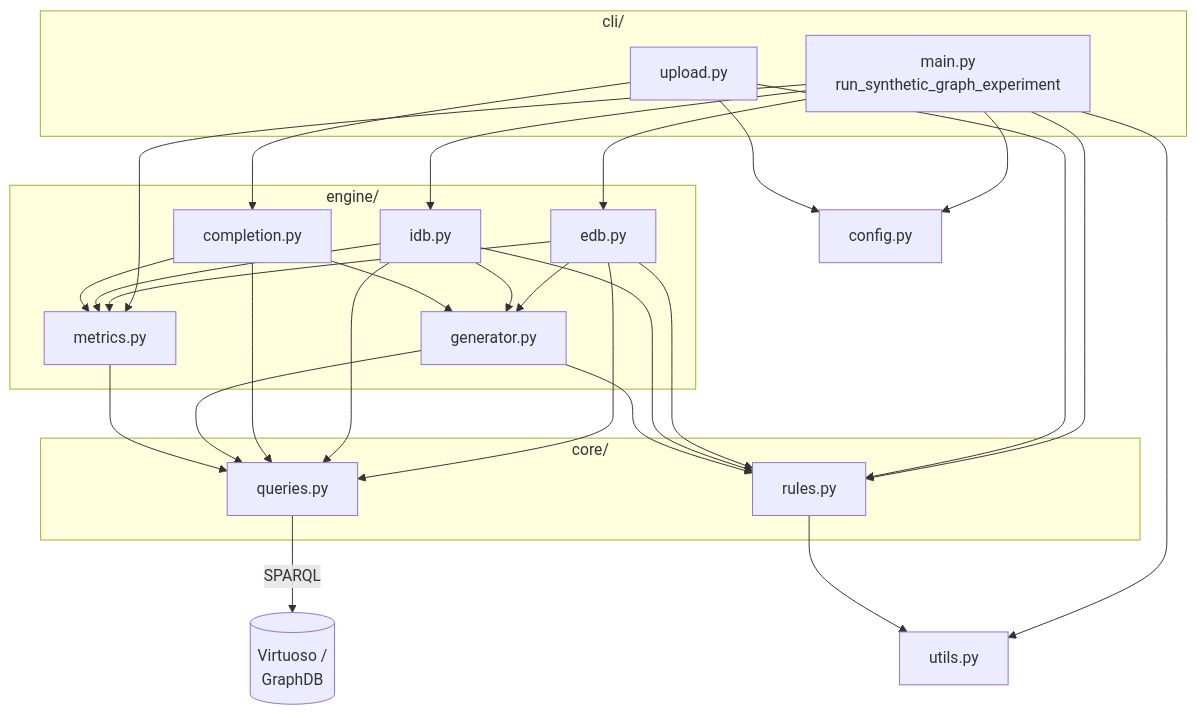
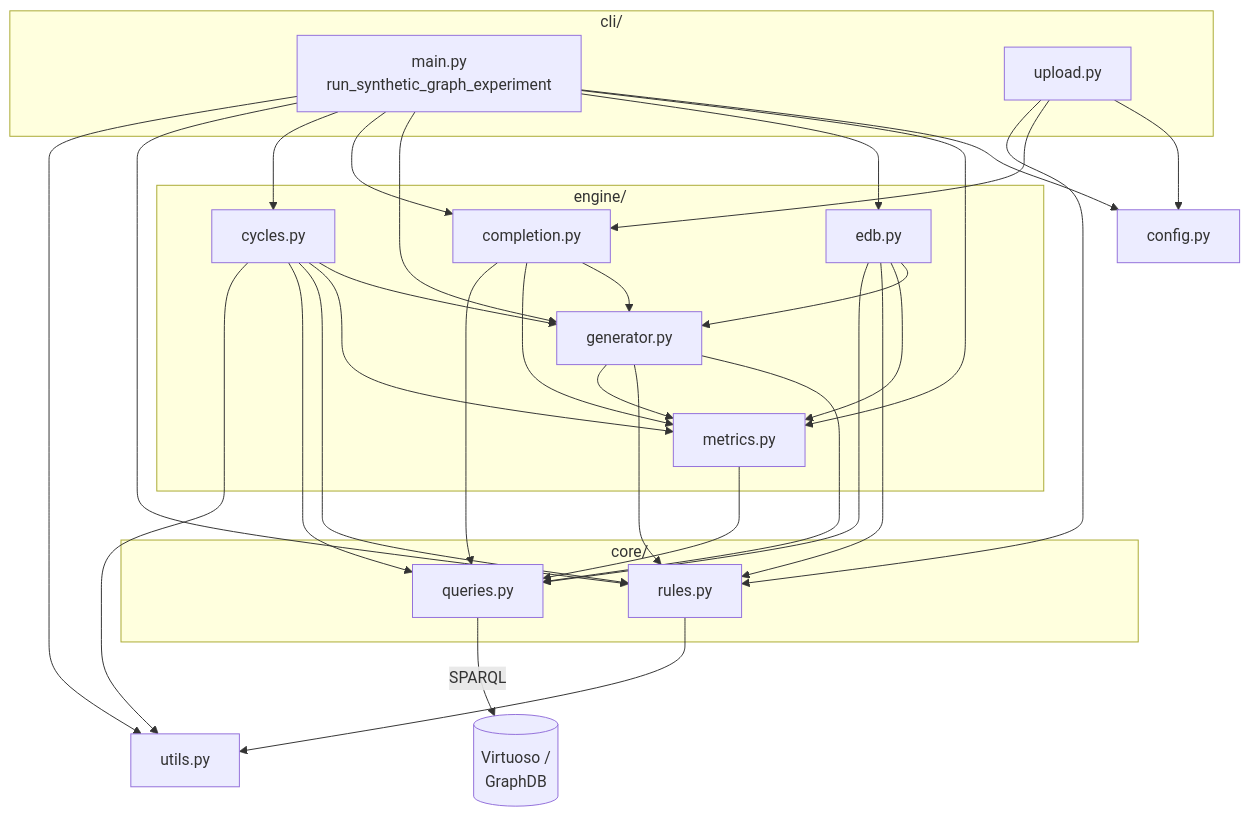
Before and after one commit to DavidGomez00/synthetic-knowledge-graph-generator: the second of 2 diagrams in docs/architecture.md, drawn with Mermaid. The commit also changed other lines of this file and 13 other files, not shown here.

````diff
--- a/docs/architecture.md
+++ b/docs/architecture.md
@@ -88,36 +80,36 @@
 ```mermaid
 flowchart TD
     subgraph cli ["cli/"]
         MAIN["main.py<br/>run_synthetic_graph_experiment"]
         UPLOAD["upload.py"]
     end
 
     subgraph engine ["engine/"]
         METRICS["metrics.py"]
         EDB["edb.py"]
-        IDB["idb.py"]
         GEN["generator.py"]
         COMPLETION["completion.py"]
+        CYCLES["cycles.py"]
     end
 
     subgraph core ["core/"]
         RULES["rules.py"]
         QUERIES["queries.py"]
     end
 
     CONFIG["config.py"]
     UTILS["utils.py"]
     DB[("Virtuoso /<br/>GraphDB")]
 
-    MAIN --> CONFIG & METRICS & EDB & IDB & RULES & UTILS
+    MAIN --> CONFIG & METRICS & EDB & GEN & COMPLETION & CYCLES & RULES & UTILS
     UPLOAD --> CONFIG & COMPLETION & RULES
 
     EDB --> GEN & METRICS & RULES & QUERIES
-    IDB --> GEN & METRICS & RULES & QUERIES
     COMPLETION --> GEN & METRICS & QUERIES
-    GEN --> QUERIES & RULES
+    CYCLES --> GEN & METRICS & RULES & QUERIES & UTILS
+    GEN --> QUERIES & RULES & METRICS
     METRICS --> QUERIES
     RULES --> UTILS
 
     QUERIES -->|SPARQL| DB
 ```
````
